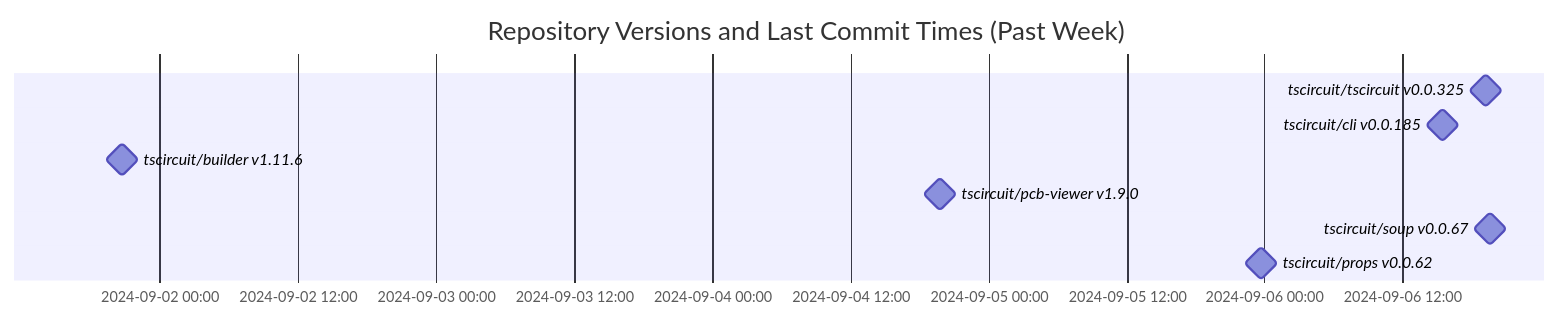
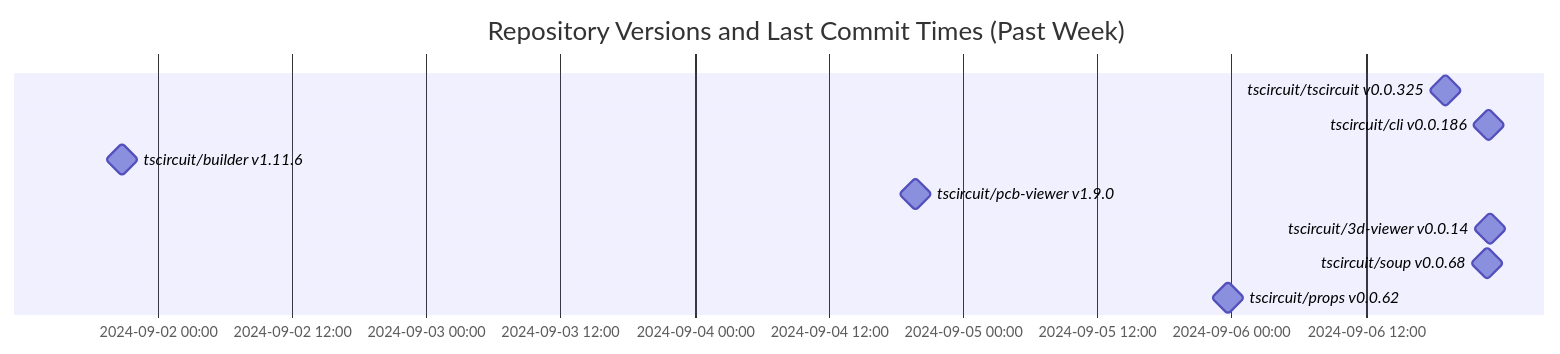
Before and after one commit to tscircuit/version-tracker: the diagram in README.md, drawn with Mermaid.

Commit message:
Update chart

````diff
--- a/README.md
+++ b/README.md
@@ -1,13 +1,14 @@
 ```mermaid
 gantt
   dateFormat  YYYY-MM-DD HH:mm:ss
   title Repository Versions and Last Commit Times (Past Week)
   axisFormat %Y-%m-%d %H:%M
 
   tscircuit/tscircuit v0.0.325 : milestone, 2024-09-06 19:08:26, 1s
-  tscircuit/cli v0.0.185 : milestone, 2024-09-06 15:27:04, 1s
+  tscircuit/cli v0.0.186 : milestone, 2024-09-06 23:00:43, 1s
   tscircuit/builder v1.11.6 : milestone, 2024-09-01 20:47:46, 1s
   tscircuit/pcb-viewer v1.9.0 : milestone, 2024-09-04 19:45:38, 1s
-  tscircuit/soup v0.0.67 : milestone, 2024-09-06 19:34:04, 1s
+  tscircuit/3d-viewer v0.0.14 : milestone, 2024-09-06 23:07:26, 1s
+  tscircuit/soup v0.0.68 : milestone, 2024-09-06 22:51:33, 1s
   tscircuit/props v0.0.62 : milestone, 2024-09-05 23:38:33, 1s
 ```
````
